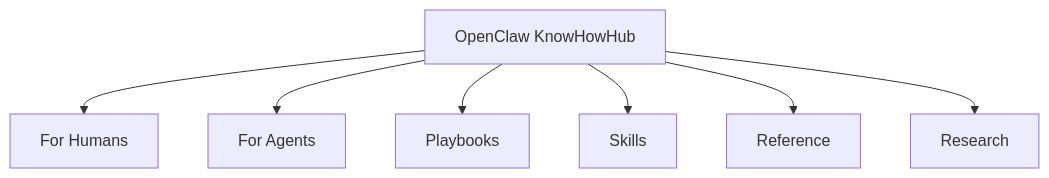
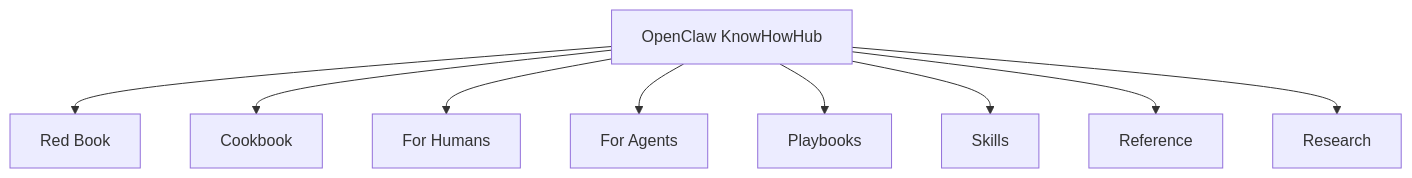
Before and after one commit to JimmyWangJimmy/OpenClaw-KnowHowHub: the diagram in README.md, drawn with Mermaid. The commit also changed other lines of this file and 13 other files, not shown here.

Commit message:
docs: introduce Red Book and Cookbook structure

````diff
--- a/README.md
+++ b/README.md
@@ -53,9 +56,11 @@
 ```mermaid
 flowchart TD
-    A["OpenClaw KnowHowHub"] --> B["For Humans"]
-    A --> C["For Agents"]
-    A --> D["Playbooks"]
-    A --> E["Skills"]
-    A --> F["Reference"]
-    A --> G["Research"]
+    A["OpenClaw KnowHowHub"] --> B["Red Book"]
+    A --> C["Cookbook"]
+    A --> D["For Humans"]
+    A --> E["For Agents"]
+    A --> F["Playbooks"]
+    A --> G["Skills"]
+    A --> H["Reference"]
+    A --> I["Research"]
 ```
````
